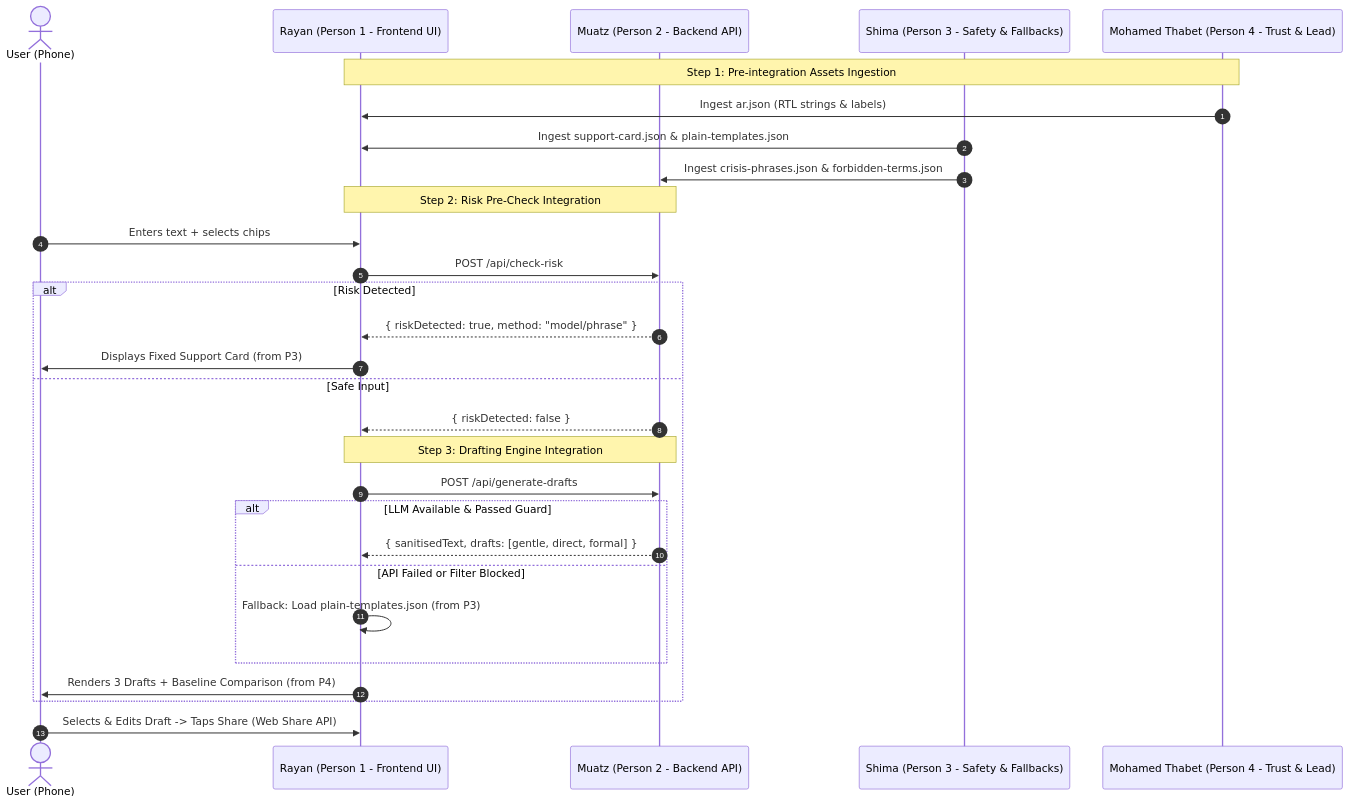
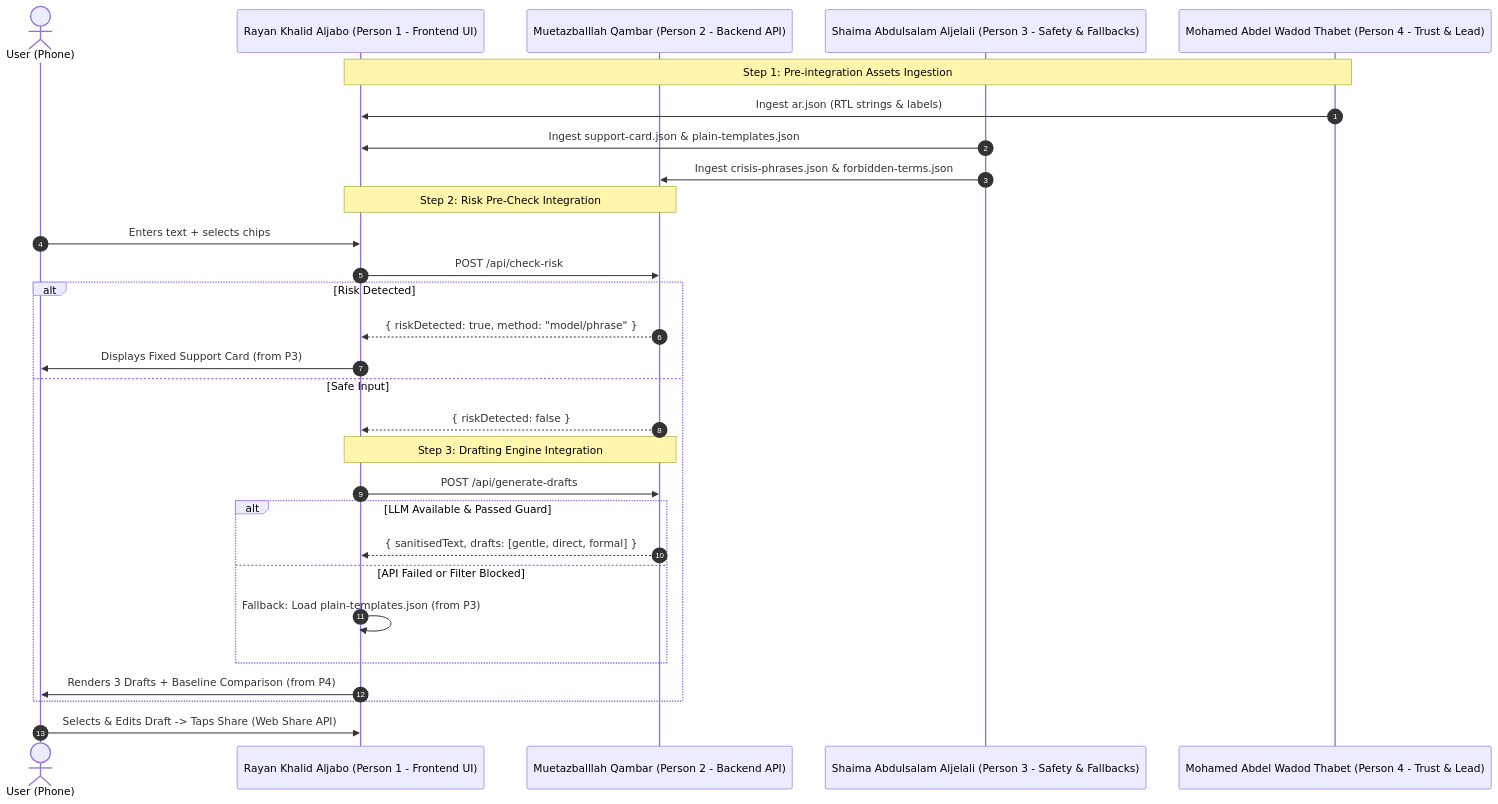
Before and after one commit to Codathon-G3/Jisr: the diagram in docs/team_plan/05_INTEGRATION_AND_TESTING_PROTOCOL.md, drawn with Mermaid. The commit also changed 19 other files, not shown here.

````diff
--- a/docs/team_plan/05_INTEGRATION_AND_TESTING_PROTOCOL.md
+++ b/docs/team_plan/05_INTEGRATION_AND_TESTING_PROTOCOL.md
@@ -11,33 +11,33 @@
 ```mermaid
 sequenceDiagram
     autonumber
     actor User as User (Phone)
-    participant P1 as Rayan (Person 1 - Frontend UI)
-    participant P2 as Muatz (Person 2 - Backend API)
-    participant P3 as Shima (Person 3 - Safety & Fallbacks)
-    participant P4 as Mohamed Thabet (Person 4 - Trust & Lead)
+    participant P1 as Rayan Khalid Aljabo (Person 1 - Frontend UI)
+    participant P2 as Muetazballlah Qambar (Person 2 - Backend API)
+    participant P3 as Shaima Abdulsalam Aljelali (Person 3 - Safety & Fallbacks)
+    participant P4 as Mohamed Abdel Wadod Thabet (Person 4 - Trust & Lead)
 
     Note over P1,P4: Step 1: Pre-integration Assets Ingestion
     P4->>P1: Ingest ar.json (RTL strings & labels)
     P3->>P1: Ingest support-card.json & plain-templates.json
     P3->>P2: Ingest crisis-phrases.json & forbidden-terms.json
 
     Note over P1,P2: Step 2: Risk Pre-Check Integration
     User->>P1: Enters text + selects chips
     P1->>P2: POST /api/check-risk
     alt Risk Detected
         P2-->>P1: { riskDetected: true, method: "model/phrase" }
         P1->>User: Displays Fixed Support Card (from P3)
     else Safe Input
         P2-->>P1: { riskDetected: false }
         Note over P1,P2: Step 3: Drafting Engine Integration
         P1->>P2: POST /api/generate-drafts
         alt LLM Available & Passed Guard
             P2-->>P1: { sanitisedText, drafts: [gentle, direct, formal] }
         else API Failed or Filter Blocked
             P1->>P1: Fallback: Load plain-templates.json (from P3)
         end
         P1->>User: Renders 3 Drafts + Baseline Comparison (from P4)
     end
     User->>P1: Selects & Edits Draft -> Taps Share (Web Share API)
 ```
````
